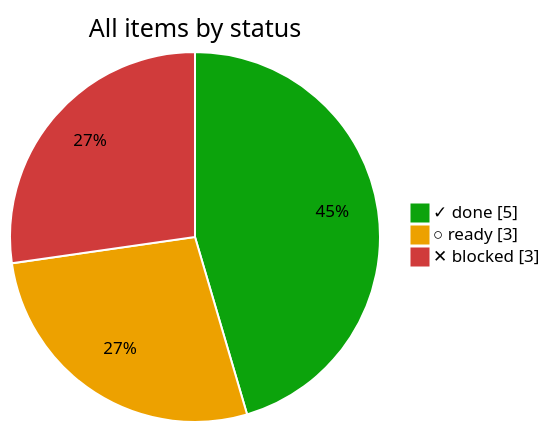
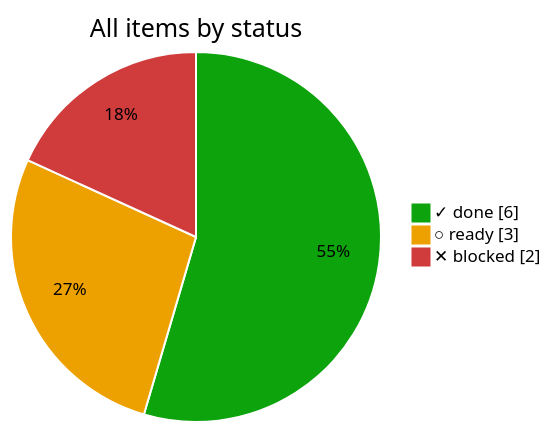
One commit to bvraghav/pmtrack changed the second of 4 diagrams in progress/README.md. Above: the diagram before and after it, drawn with Mermaid. The commit also changed other lines of this file and 5 other files, not shown here.

````diff
--- a/progress/README.md
+++ b/progress/README.md
@@ -22,7 +22,7 @@
 ```mermaid
 %%{init: {"themeVariables": {"pie1": "#0ca30c", "pie2": "#eda100", "pie3": "#d03b3b", "pieOpacity": "1", "pieSectionTextColor": "#000", "pieStrokeColor": "#fff", "pieStrokeWidth": "2px", "pieOuterStrokeWidth": "0px"}}}%%
 pie showData title All items by status
-  "✓ done" : 5
+  "✓ done" : 6
   "○ ready" : 3
-  "✕ blocked" : 3
+  "✕ blocked" : 2
 ```
````
